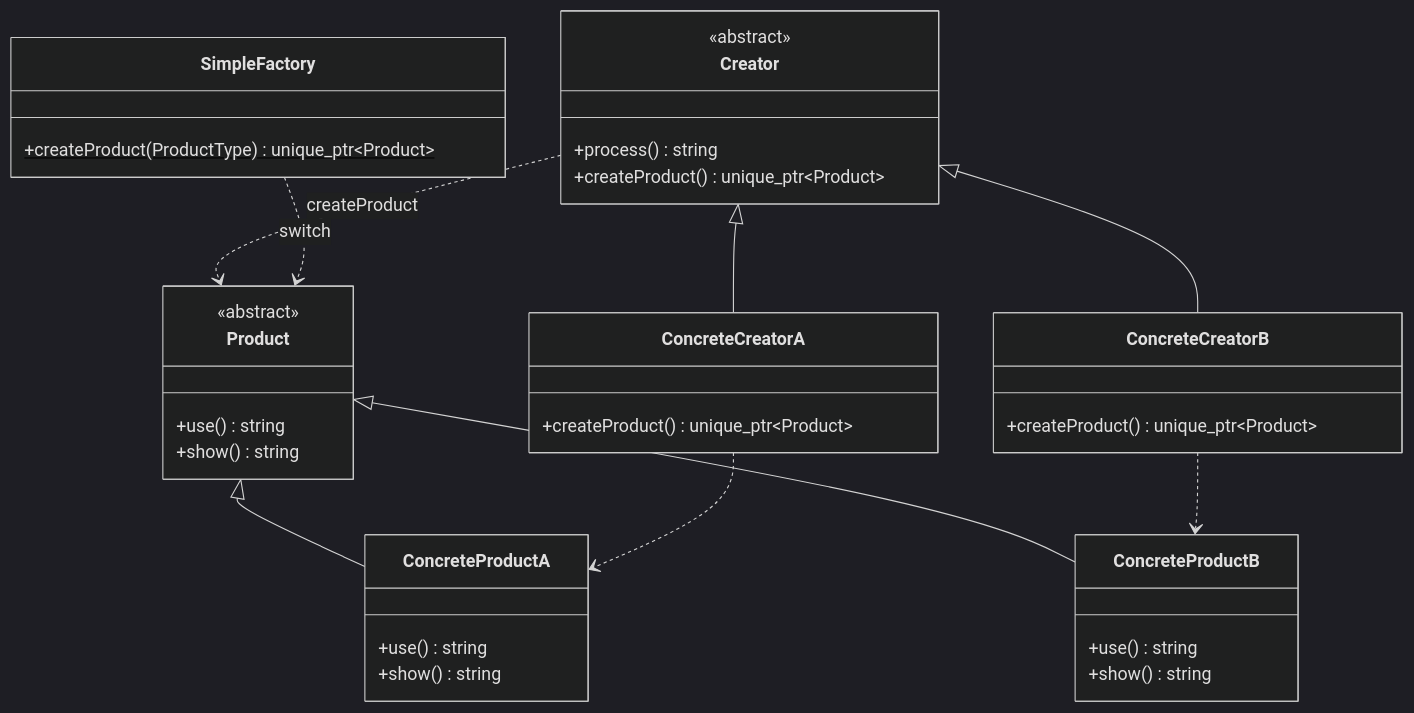
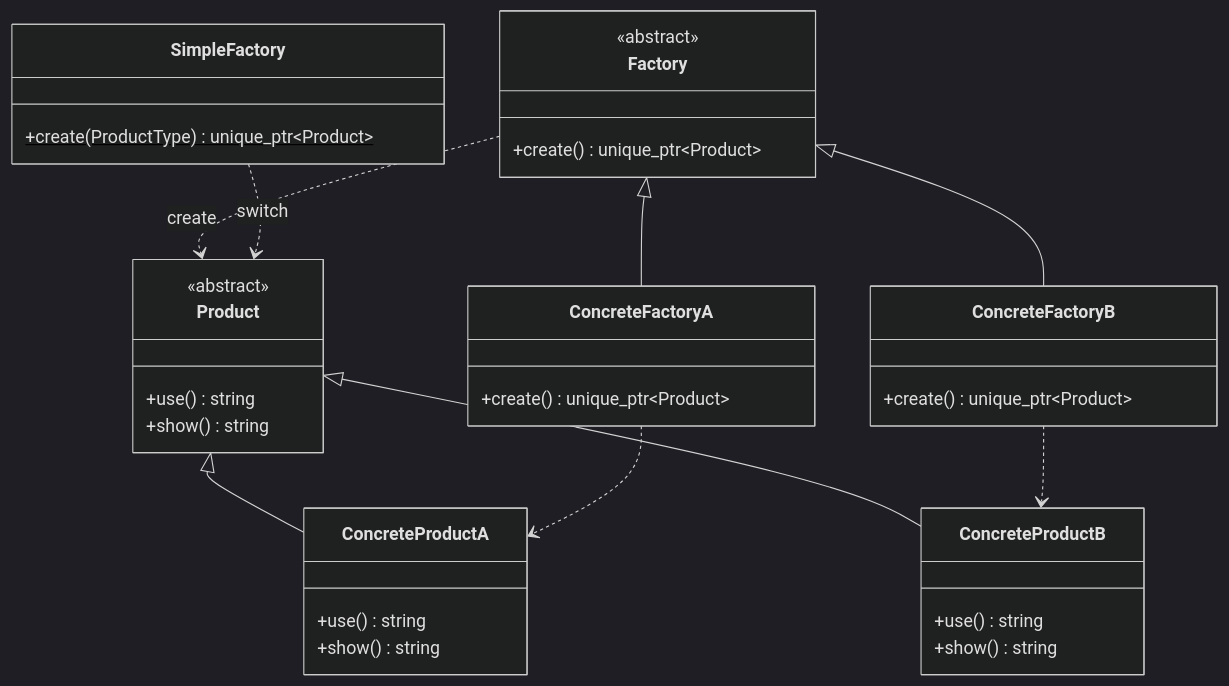
The second of 9 diagrams in docs/creational/factory_method.md (zackdlut/design_pattern), drawn with Mermaid (dark theme) before and after one commit. The commit also changed other lines of this file and 12 other files, not shown here.

````diff
--- a/docs/creational/factory_method.md
+++ b/docs/creational/factory_method.md
@@ -42,38 +42,37 @@
 ```mermaid
 classDiagram
   class Product {
     <<abstract>>
     +use() string
     +show() string
   }
   class ConcreteProductA {
     +use() string
     +show() string
   }
   class ConcreteProductB {
     +use() string
     +show() string
   }
-  class Creator {
+  class Factory {
     <<abstract>>
-    +process() string
-    +createProduct() unique_ptr~Product~
+    +create() unique_ptr~Product~
   }
-  class ConcreteCreatorA {
-    +createProduct() unique_ptr~Product~
+  class ConcreteFactoryA {
+    +create() unique_ptr~Product~
   }
-  class ConcreteCreatorB {
-    +createProduct() unique_ptr~Product~
+  class ConcreteFactoryB {
+    +create() unique_ptr~Product~
   }
   class SimpleFactory {
-    +createProduct(ProductType) unique_ptr~Product~$
+    +create(ProductType) unique_ptr~Product~$
   }
   Product <|-- ConcreteProductA
   Product <|-- ConcreteProductB
-  Creator <|-- ConcreteCreatorA
-  Creator <|-- ConcreteCreatorB
-  Creator ..> Product : createProduct
-  ConcreteCreatorA ..> ConcreteProductA
-  ConcreteCreatorB ..> ConcreteProductB
+  Factory <|-- ConcreteFactoryA
+  Factory <|-- ConcreteFactoryB
+  Factory ..> Product : create
+  ConcreteFactoryA ..> ConcreteProductA
+  ConcreteFactoryB ..> ConcreteProductB
   SimpleFactory ..> Product : switch
 ```
````
